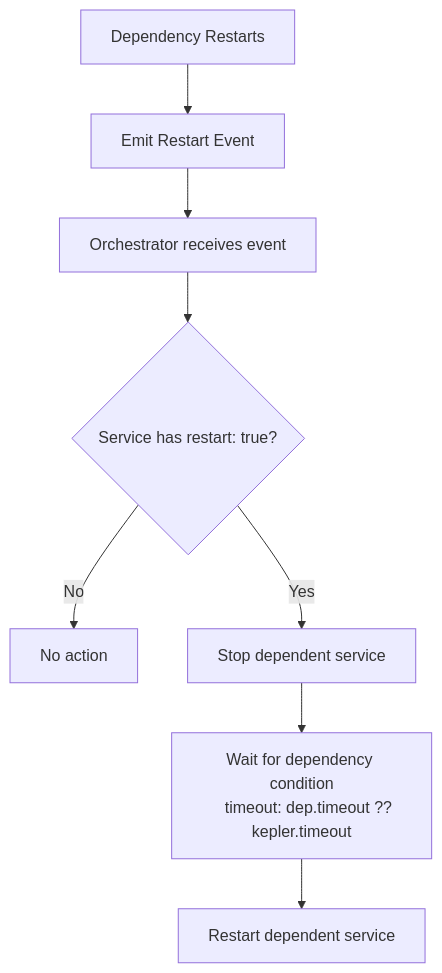
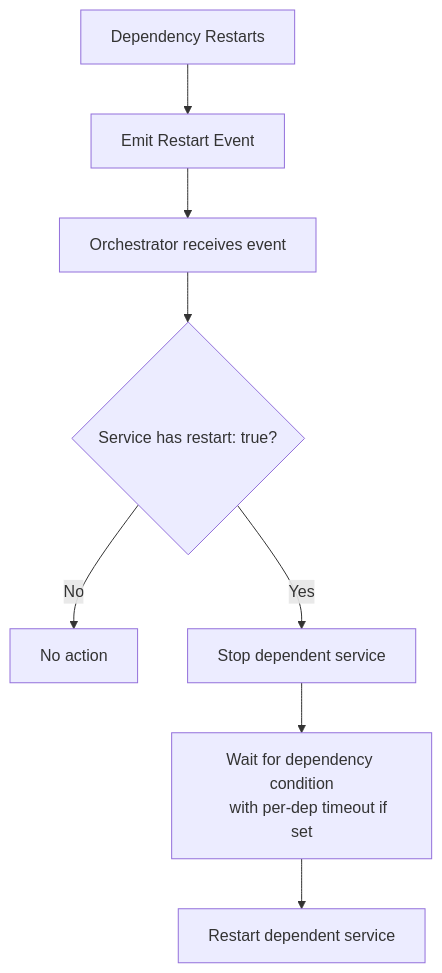
The sixth of 9 diagrams in docs/architecture.md (maleus-ai/kepler), drawn with Mermaid before and after one commit. The commit also changed other lines of this file and 33 other files, not shown here.

````diff
--- a/docs/architecture.md
+++ b/docs/architecture.md
@@ -327,11 +326,11 @@
 ```mermaid
 flowchart TD
     A[Dependency Restarts] --> B[Emit Restart Event]
     B --> C[Orchestrator receives event]
     C --> D{Service has restart: true?}
     D -->|No| E[No action]
     D -->|Yes| F[Stop dependent service]
     F --> G[Wait for dependency condition
-    timeout: dep.timeout ?? kepler.timeout]
+    with per-dep timeout if set]
     G --> H[Restart dependent service]
 ```
````
